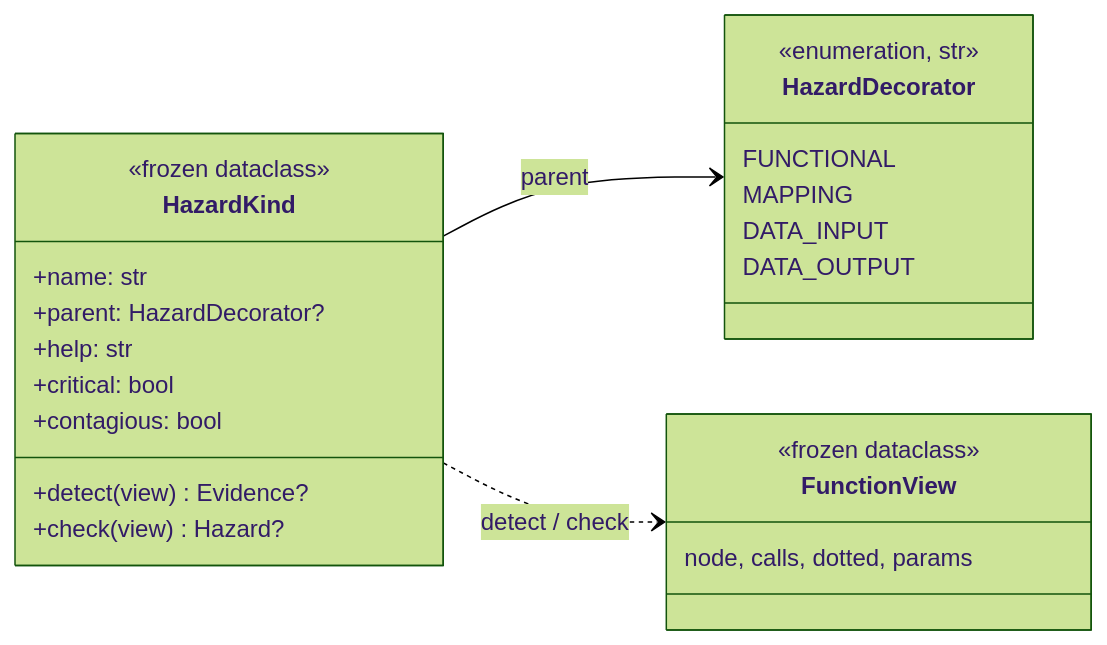
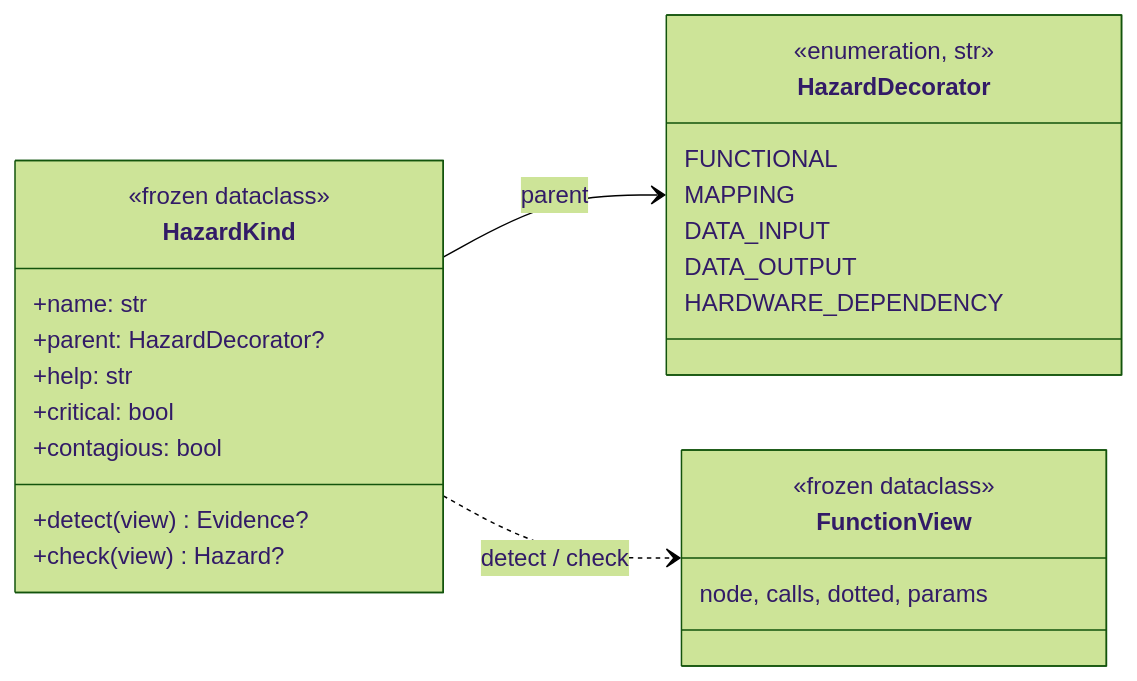
The second of 4 diagrams in ideas/ARCHITECTURE.md (juliandehne/rse_code_annotations), drawn with Mermaid (forest theme) before and after one commit. The commit also changed other lines of this file and 6 other files, not shown here.

````diff
--- a/ideas/ARCHITECTURE.md
+++ b/ideas/ARCHITECTURE.md
@@ -95,27 +95,28 @@
 ```mermaid
 classDiagram
     direction LR
     class HazardDecorator {
         <<enumeration, str>>
         FUNCTIONAL
         MAPPING
         DATA_INPUT
         DATA_OUTPUT
+        HARDWARE_DEPENDENCY
     }
     class HazardKind {
         <<frozen dataclass>>
         +name: str
         +parent: HazardDecorator?
         +help: str
         +critical: bool
         +contagious: bool
         +detect(view) Evidence?
         +check(view) Hazard?
     }
     class FunctionView {
         <<frozen dataclass>>
         node, calls, dotted, params
     }
     HazardKind --> HazardDecorator : parent
     HazardKind ..> FunctionView : detect / check
 ```
````
